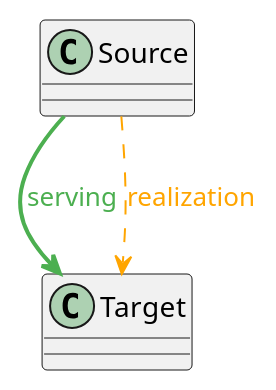
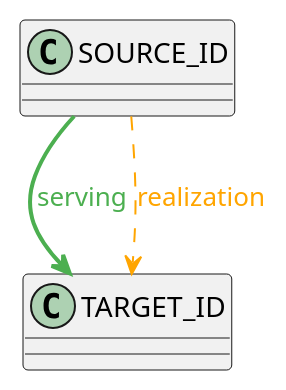
One commit to Druk83/sdd-template changed the fourth of 7 diagrams in .requirements/архитектура/диаграммы ArchiMate.md. Above: the diagram before and after it, drawn with PlantUML. The commit also changed other lines of this file and 22 other files, not shown here.

````diff
--- a/.requirements/архитектура/диаграммы ArchiMate.md
+++ b/.requirements/архитектура/диаграммы ArchiMate.md
@@ -129,7 +138,7 @@
 ```plantuml
 ' Сплошная линия
-Source -[#4CAF50,thickness=2]-> Target : <color:#4CAF50>serving</color>
+SOURCE_ID -[#4CAF50,thickness=2]-> TARGET_ID : <color:#4CAF50>serving</color>
 
 ' Пунктирная линия
-Source -[#FFA500,thickness=2,dashed]-> Target : <color:#FFA500>realization</color>
+SOURCE_ID -[#FFA500,thickness=2,dashed]-> TARGET_ID : <color:#FFA500>realization</color>
 ```
````
